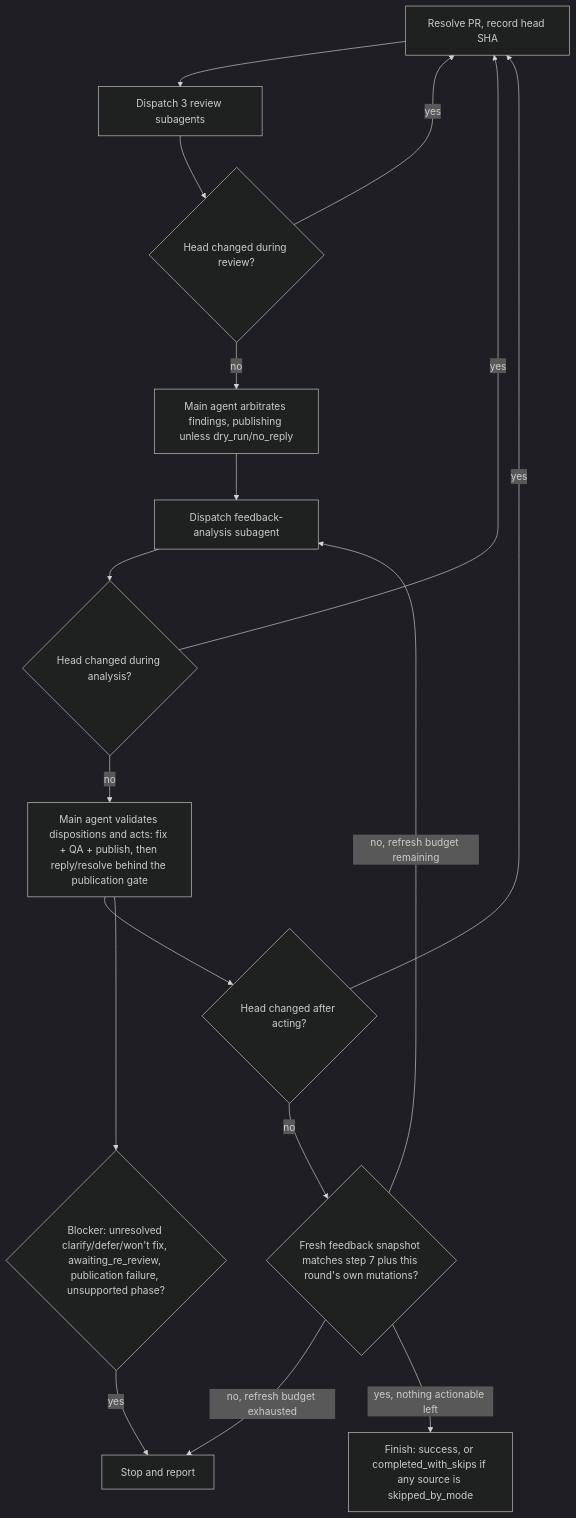
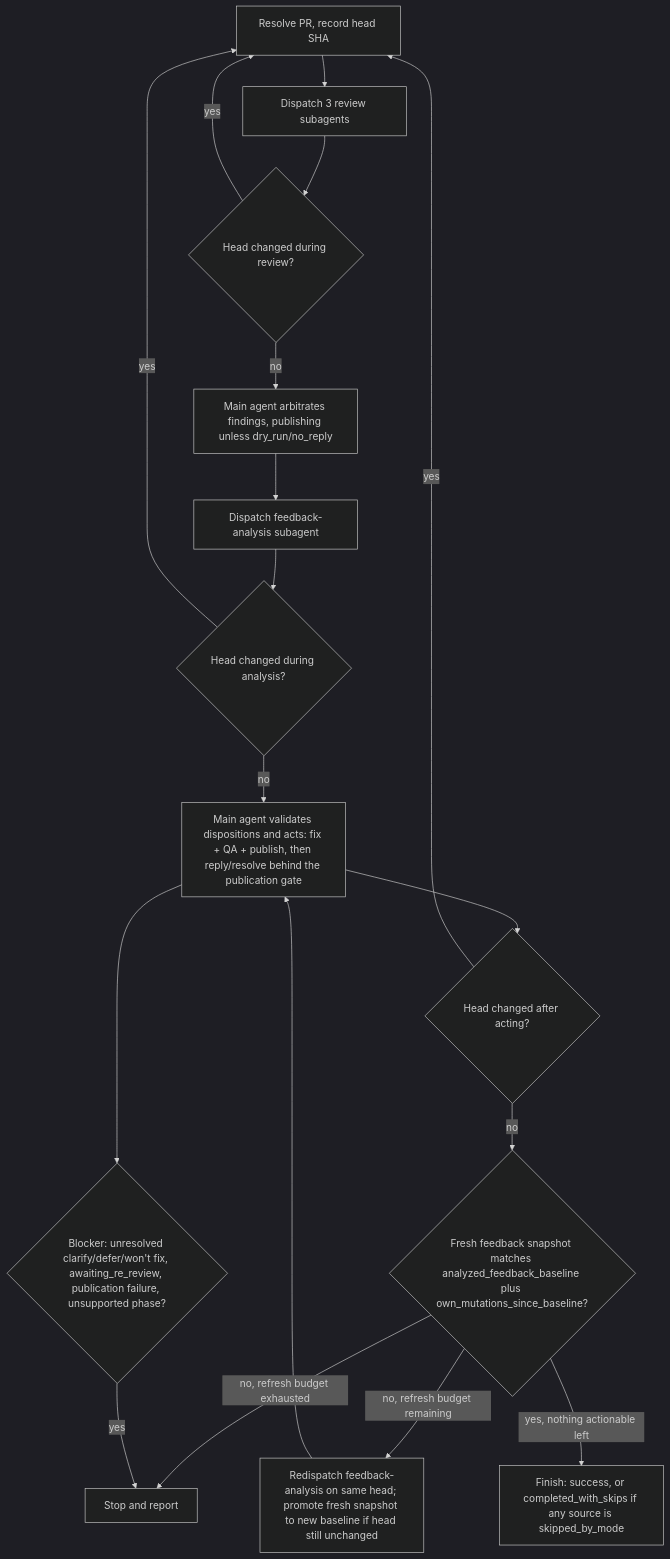
The diagram in skills/pr-loop/SKILL.md (dceoy/ai-coding-agent-skills), drawn with Mermaid (dark theme) before and after one commit. The commit also changed other lines of this file, not shown here.

First line of the commit message:
Promote the refreshed feedback snapshot to a new baseline after each same-head refresh in pr-loop

````diff
--- a/skills/pr-loop/SKILL.md
+++ b/skills/pr-loop/SKILL.md
@@ -281,19 +288,20 @@
 ```mermaid
 flowchart TD
   A[Resolve PR, record head SHA] --> B[Dispatch 3 review subagents]
   B --> C{Head changed during review?}
   C -->|yes| A
   C -->|no| D[Main agent arbitrates findings, publishing unless dry_run/no_reply]
   D --> E[Dispatch feedback-analysis subagent]
   E --> F{Head changed during analysis?}
   F -->|yes| A
   F -->|no| G[Main agent validates dispositions and acts: fix + QA + publish, then reply/resolve behind the publication gate]
   G --> H{Head changed after acting?}
   H -->|yes| A
-  H -->|no| L{Fresh feedback snapshot matches step 7 plus this round's own mutations?}
-  L -->|no, refresh budget remaining| E
+  H -->|no| L{Fresh feedback snapshot matches analyzed_feedback_baseline plus own_mutations_since_baseline?}
+  L -->|no, refresh budget remaining| M[Redispatch feedback-analysis on same head; promote fresh snapshot to new baseline if head still unchanged]
+  M --> G
   L -->|no, refresh budget exhausted| K
   L -->|yes, nothing actionable left| I[Finish: success, or completed_with_skips if any source is skipped_by_mode]
   G --> J{Blocker: unresolved clarify/defer/won't fix, awaiting_re_review, publication failure, unsupported phase?}
   J -->|yes| K[Stop and report]
 ```
````
